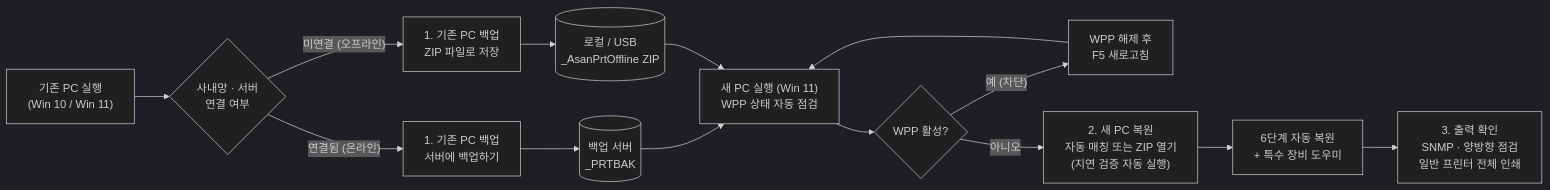
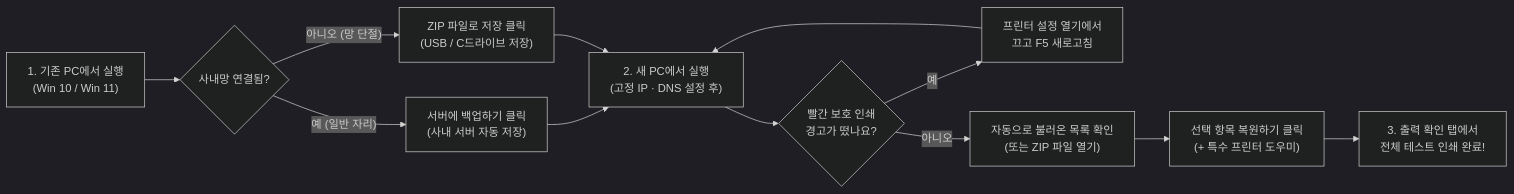
One commit to nikin78/asan-printer-manager changed the diagram in README.md. Above: the diagram before and after it, drawn with Mermaid (dark theme). The commit also changed other lines of this file and 14 other files, not shown here.

````diff
--- a/README.md
+++ b/README.md
@@ -41,16 +55,14 @@
 ```mermaid
 flowchart LR
-    A["기존 PC 실행<br/>(Win 10 / Win 11)"] --> B{"사내망 · 서버<br/>연결 여부"}
-    B -- "연결됨 (온라인)" --> C["1. 기존 PC 백업<br/>서버에 백업하기"]
-    B -- "미연결 (오프라인)" --> D["1. 기존 PC 백업<br/>ZIP 파일로 저장"]
-    C --> E[("백업 서버<br/>_PRTBAK")]
-    D --> F[("로컬 / USB<br/>_AsanPrtOffline ZIP")]
-    E --> G["새 PC 실행 (Win 11)<br/>WPP 상태 자동 점검"]
-    F --> G
-    G --> H{"WPP 활성?"}
-    H -- "예 (차단)" --> I["WPP 해제 후<br/>F5 새로고침"]
-    I --> G
-    H -- "아니오" --> J["2. 새 PC 복원<br/>자동 매칭 또는 ZIP 열기<br/>(지연 검증 자동 실행)"]
-    J --> K["6단계 자동 복원<br/>+ 특수 장비 도우미"]
-    K --> L["3. 출력 확인<br/>SNMP · 양방향 점검<br/>일반 프린터 전체 인쇄"]
+    A["1. 기존 PC에서 실행<br/>(Win 10 / Win 11)"] --> B{"사내망 연결됨?"}
+    B -- "예 (일반 자리)" --> C["서버에 백업하기 클릭<br/>(사내 서버 자동 저장)"]
+    B -- "아니오 (망 단절)" --> D["ZIP 파일로 저장 클릭<br/>(USB / C드라이브 저장)"]
+    C --> E["2. 새 PC에서 실행<br/>(고정 IP · DNS 설정 후)"]
+    D --> E
+    E --> F{"빨간 보호 인쇄<br/>경고가 떴나요?"}
+    F -- "예" --> G["프린터 설정 열기에서<br/>끄고 F5 새로고침"]
+    G --> E
+    F -- "아니오" --> H["자동으로 불러온 목록 확인<br/>(또는 ZIP 파일 열기)"]
+    H --> I["선택 항목 복원하기 클릭<br/>(+ 특수 프린터 도우미)"]
+    I --> J["3. 출력 확인 탭에서<br/>전체 테스트 인쇄 완료!"]
 ```
````
